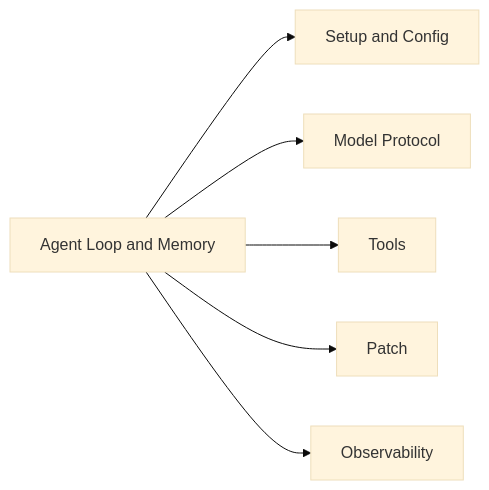
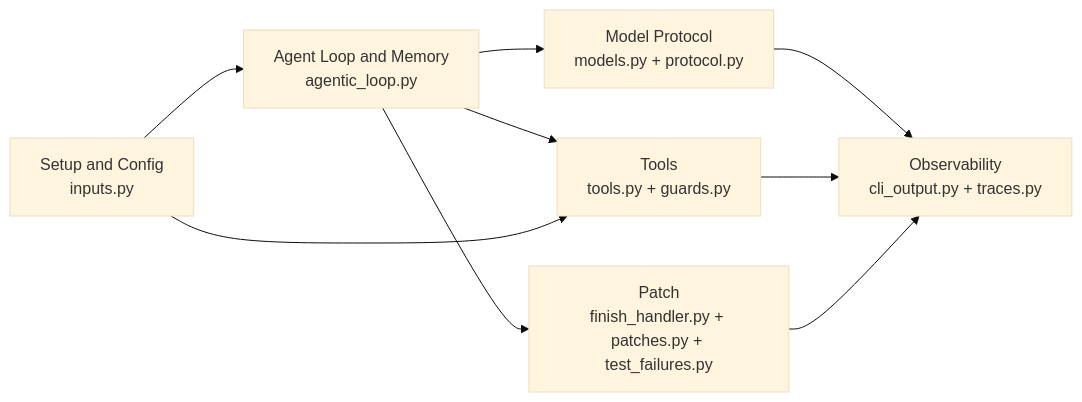
The second of 2 diagrams in README.md (mtov/minixx), drawn with Mermaid (base theme) before and after one commit.

Commit message:
docs: update README architecture diagram

````diff
--- a/README.md
+++ b/README.md
@@ -221,8 +221,11 @@
 ```mermaid
 flowchart LR
-    A[Agent Loop and Memory] --> B[Setup and Config]
-    A --> C[Model Protocol]
-    A --> D[Tools]
-    A --> E[Patch]
-    A --> F[Observability]
+    A["Setup and Config<br/>inputs.py"] --> B["Agent Loop and Memory<br/>agentic_loop.py"]
+    B --> C["Model Protocol<br/>models.py + protocol.py"]
+    B --> D["Tools<br/>tools.py + guards.py"]
+    B --> E["Patch<br/>finish_handler.py + patches.py + test_failures.py"]
+    A --> D
+    C --> F["Observability<br/>cli_output.py + traces.py"]
+    D --> F
+    E --> F
 ```
````
